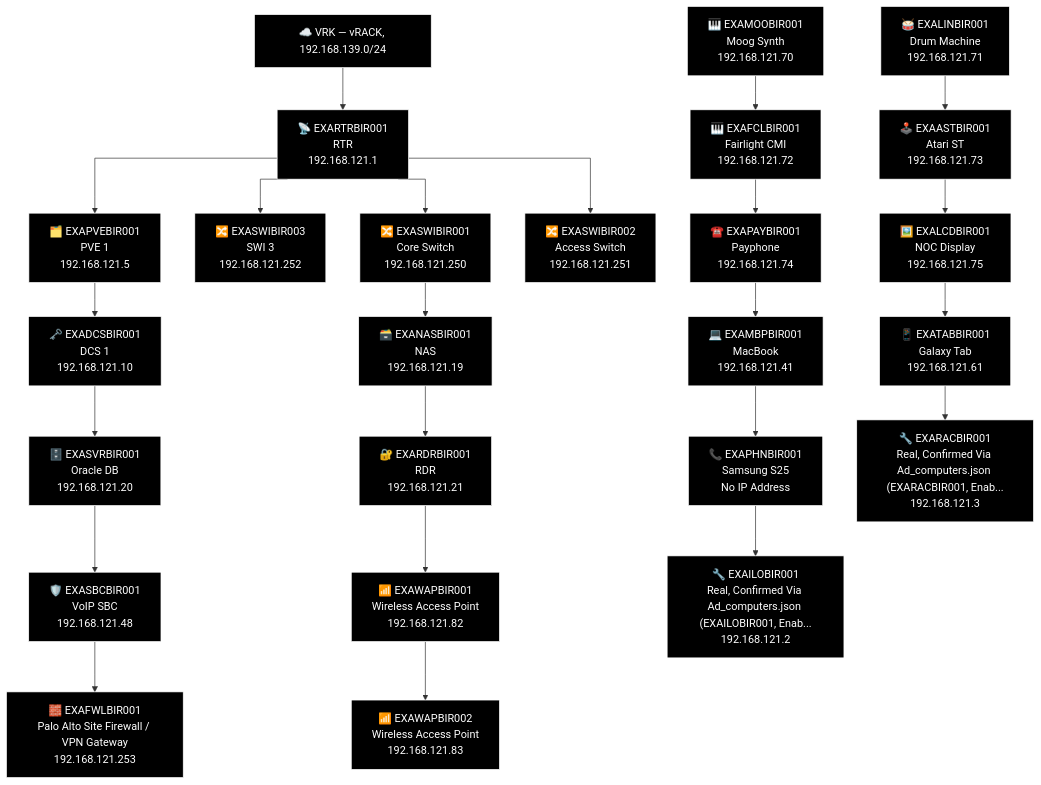
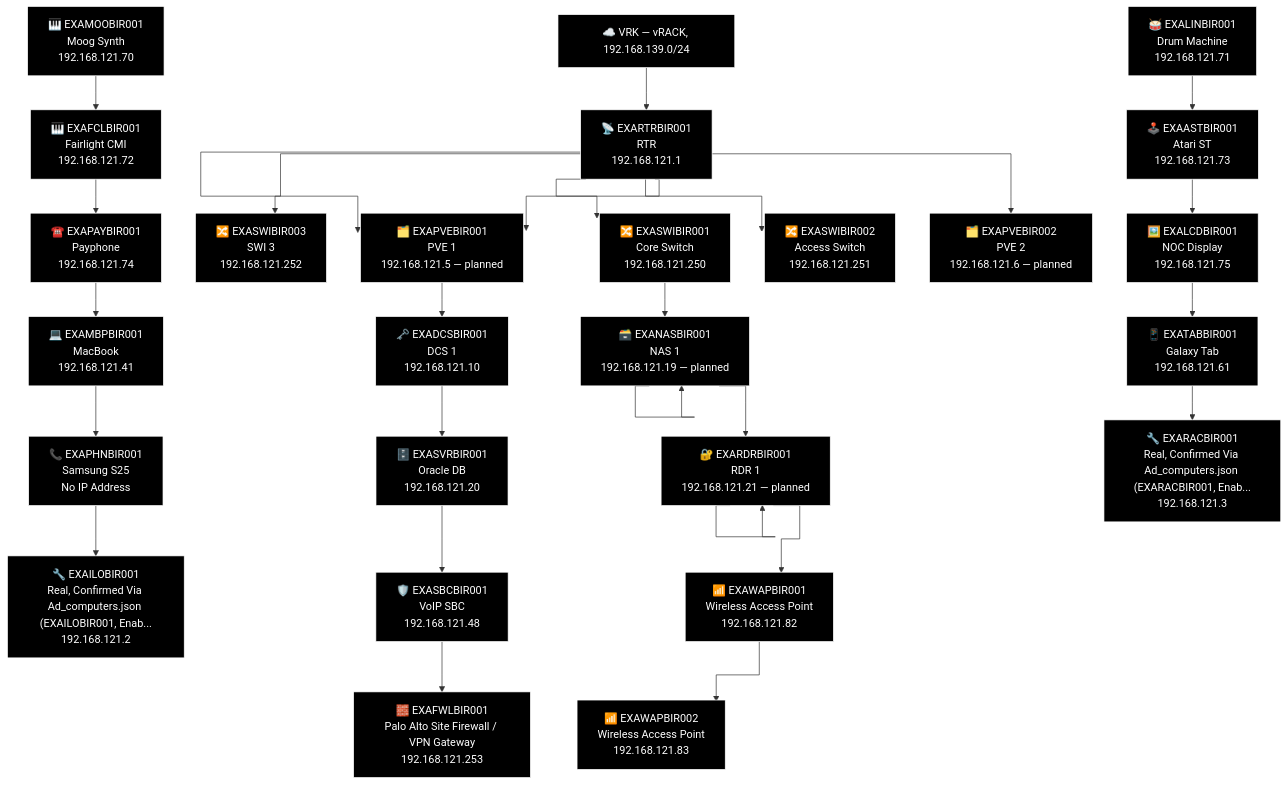
One commit to knightmare2600/example_music_infra changed the sixth of 27 diagrams in docs/network-diagram/england.md. Above: the diagram before and after it, drawn with Mermaid. The commit also changed other lines of this file and 12 other files, not shown here.

````diff
--- a/docs/network-diagram/england.md
+++ b/docs/network-diagram/england.md
@@ -276,65 +290,75 @@
 ```mermaid
 %% GENERATED:TOPOLOGY:BIR:START
 %%{init: {'flowchart': {'curve': 'stepAfter'}}}%%
 graph TD
     T_VRK["☁️ VRK — vRACK, 192.168.139.0/24"]
     T_RTR["📡 EXARTRBIR001<br/>RTR<br/>192.168.121.1"]
     T_VRK --> T_RTR
     T_PVE["🗂️ EXAPVEBIR001<br/>PVE 1<br/>192.168.121.5"]
     T_RTR --> T_PVE
     T_SWI["🔀 EXASWIBIR003<br/>SWI 3<br/>192.168.121.252"]
     T_RTR --> T_SWI
     T_SWI2["🔀 EXASWIBIR001<br/>Core Switch<br/>192.168.121.250"]
     T_RTR --> T_SWI2
     T_SWI3["🔀 EXASWIBIR002<br/>Access Switch<br/>192.168.121.251"]
     T_RTR --> T_SWI3
+    T_PVE["🗂️ EXAPVEBIR001<br/>PVE 1<br/>192.168.121.5 — planned"]
+    T_RTR --> T_PVE
+    T_PVE2["🗂️ EXAPVEBIR002<br/>PVE 2<br/>192.168.121.6 — planned"]
+    T_RTR --> T_PVE2
     T_NAS["🗃️ EXANASBIR001<br/>NAS<br/>192.168.121.19"]
+    T_NAS["🗃️ EXANASBIR001<br/>NAS 1<br/>192.168.121.19 — planned"]
     T_RDR["🔐 EXARDRBIR001<br/>RDR<br/>192.168.121.21"]
+    T_RDR["🔐 EXARDRBIR001<br/>RDR 1<br/>192.168.121.21 — planned"]
     T_WAP["📶 EXAWAPBIR001<br/>Wireless Access Point<br/>192.168.121.82"]
     T_WAP2["📶 EXAWAPBIR002<br/>Wireless Access Point<br/>192.168.121.83"]
-    T_SWI2 --> T_NAS --> T_RDR --> T_WAP --> T_WAP2
+    T_SWI2 --> T_NAS --> T_NAS --> T_RDR --> T_RDR --> T_WAP --> T_WAP2
     T_DCS["🗝️ EXADCSBIR001<br/>DCS 1<br/>192.168.121.10"]
     T_SVR["🗄️ EXASVRBIR001<br/>Oracle DB<br/>192.168.121.20"]
     T_SBC["🛡️ EXASBCBIR001<br/>VoIP SBC<br/>192.168.121.48"]
     T_FWL["🧱 EXAFWLBIR001<br/>Palo Alto Site Firewall / VPN Gateway<br/>192.168.121.253"]
     T_PVE --> T_DCS --> T_SVR --> T_SBC --> T_FWL
     T_MOO["🎹 EXAMOOBIR001<br/>Moog Synth<br/>192.168.121.70"]
     T_LIN["🥁 EXALINBIR001<br/>Drum Machine<br/>192.168.121.71"]
     T_FCL["🎹 EXAFCLBIR001<br/>Fairlight CMI<br/>192.168.121.72"]
     T_AST["🕹️ EXAASTBIR001<br/>Atari ST<br/>192.168.121.73"]
     T_PAY["☎️ EXAPAYBIR001<br/>Payphone<br/>192.168.121.74"]
     T_LCD["🖼️ EXALCDBIR001<br/>NOC Display<br/>192.168.121.75"]
     T_MBP["💻 EXAMBPBIR001<br/>MacBook<br/>192.168.121.41"]
     T_TAB["📱 EXATABBIR001<br/>Galaxy Tab<br/>192.168.121.61"]
     T_PHN["📞 EXAPHNBIR001<br/>Samsung S25<br/>No IP Address"]
     T_RAC["🔧 EXARACBIR001<br/>Real, Confirmed Via Ad_computers.json (EXARACBIR001, Enab...<br/>192.168.121.3"]
     T_ILO["🔧 EXAILOBIR001<br/>Real, Confirmed Via Ad_computers.json (EXAILOBIR001, Enab...<br/>192.168.121.2"]
     T_MOO --> T_FCL --> T_PAY --> T_MBP --> T_PHN --> T_ILO
     T_LIN --> T_AST --> T_LCD --> T_TAB --> T_RAC
     style T_VRK fill:#000000,stroke:#FFFFFF,color:#FFFFFF
     style T_RTR fill:#000000,stroke:#FFFFFF,color:#FFFFFF
     style T_PVE fill:#000000,stroke:#FFFFFF,color:#FFFFFF
     style T_SWI fill:#000000,stroke:#FFFFFF,color:#FFFFFF
     style T_SWI2 fill:#000000,stroke:#FFFFFF,color:#FFFFFF
     style T_SWI3 fill:#000000,stroke:#FFFFFF,color:#FFFFFF
+    style T_PVE fill:#000000,stroke:#FFFFFF,color:#FFFFFF
+    style T_PVE2 fill:#000000,stroke:#FFFFFF,color:#FFFFFF
     style T_NAS fill:#000000,stroke:#FFFFFF,color:#FFFFFF
+    style T_NAS fill:#000000,stroke:#FFFFFF,color:#FFFFFF
+    style T_RDR fill:#000000,stroke:#FFFFFF,color:#FFFFFF
     style T_RDR fill:#000000,stroke:#FFFFFF,color:#FFFFFF
     style T_WAP fill:#000000,stroke:#FFFFFF,color:#FFFFFF
     style T_WAP2 fill:#000000,stroke:#FFFFFF,color:#FFFFFF
     style T_DCS fill:#000000,stroke:#FFFFFF,color:#FFFFFF
     style T_SVR fill:#000000,stroke:#FFFFFF,color:#FFFFFF
     style T_SBC fill:#000000,stroke:#FFFFFF,color:#FFFFFF
     style T_FWL fill:#000000,stroke:#FFFFFF,color:#FFFFFF
     style T_MOO fill:#000000,stroke:#FFFFFF,color:#FFFFFF
     style T_LIN fill:#000000,stroke:#FFFFFF,color:#FFFFFF
     style T_FCL fill:#000000,stroke:#FFFFFF,color:#FFFFFF
     style T_AST fill:#000000,stroke:#FFFFFF,color:#FFFFFF
     style T_PAY fill:#000000,stroke:#FFFFFF,color:#FFFFFF
     style T_LCD fill:#000000,stroke:#FFFFFF,color:#FFFFFF
     style T_MBP fill:#000000,stroke:#FFFFFF,color:#FFFFFF
     style T_TAB fill:#000000,stroke:#FFFFFF,color:#FFFFFF
     style T_PHN fill:#000000,stroke:#FFFFFF,color:#FFFFFF
     style T_RAC fill:#000000,stroke:#FFFFFF,color:#FFFFFF
     style T_ILO fill:#000000,stroke:#FFFFFF,color:#FFFFFF
 %% GENERATED:TOPOLOGY:BIR:END
 ```
````
